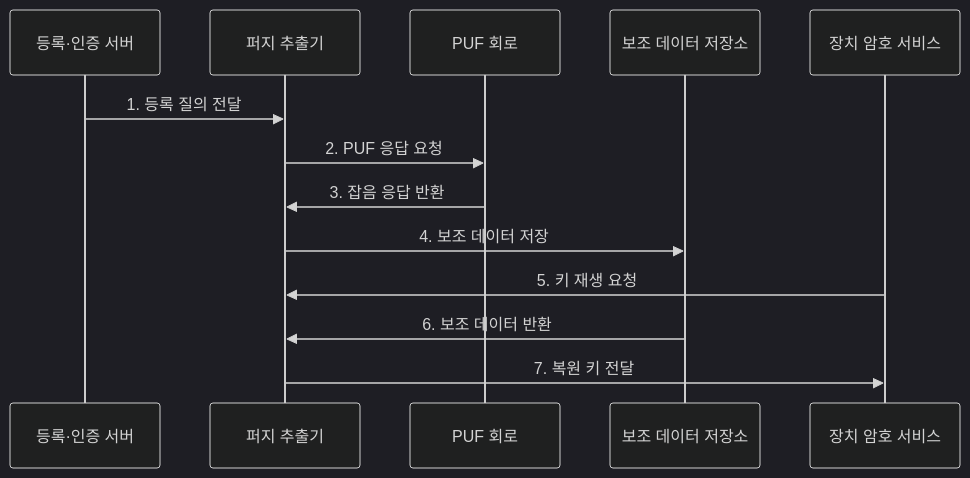
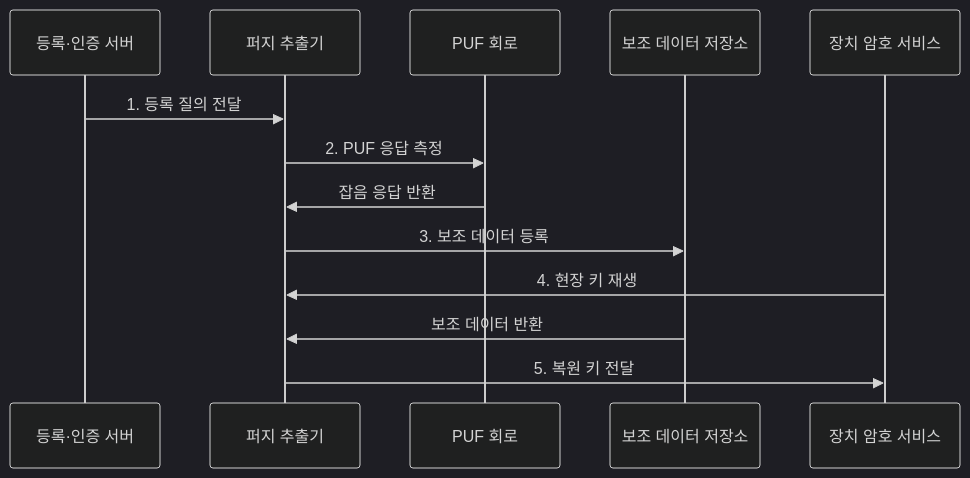
One commit to agnusdei1207/knowledge-base changed the second of 2 diagrams in src/content/docs/notes/02-hardware/070_physical_unclonable_function.md. Above: the diagram before and after it, drawn with Mermaid (dark theme). The commit also changed other lines of this file and 86 other files, not shown here.

````diff
--- a/src/content/docs/notes/02-hardware/070_physical_unclonable_function.md
+++ b/src/content/docs/notes/02-hardware/070_physical_unclonable_function.md
@@ -90,16 +90,16 @@
 ```mermaid
 sequenceDiagram
     participant E as 등록·인증 서버
     participant F as 퍼지 추출기
     participant P as PUF 회로
     participant H as 보조 데이터 저장소
     participant C as 장치 암호 서비스
 
     E->>F: 1. 등록 질의 전달
-    F->>P: 2. PUF 응답 요청
-    P->>F: 3. 잡음 응답 반환
-    F->>H: 4. 보조 데이터 저장
-    C->>F: 5. 키 재생 요청
-    H->>F: 6. 보조 데이터 반환
-    F->>C: 7. 복원 키 전달
+    F->>P: 2. PUF 응답 측정
+    P->>F: 잡음 응답 반환
+    F->>H: 3. 보조 데이터 등록
+    C->>F: 4. 현장 키 재생
+    H->>F: 보조 데이터 반환
+    F->>C: 5. 복원 키 전달
 ```
````
